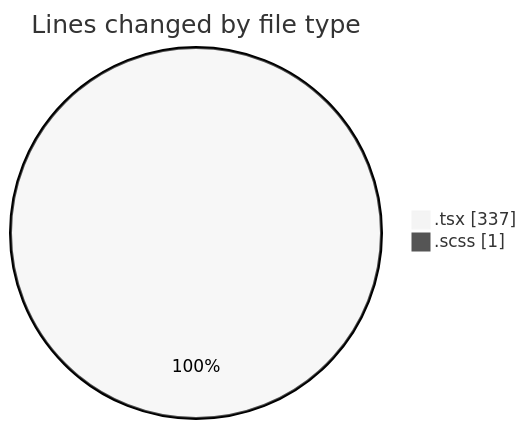
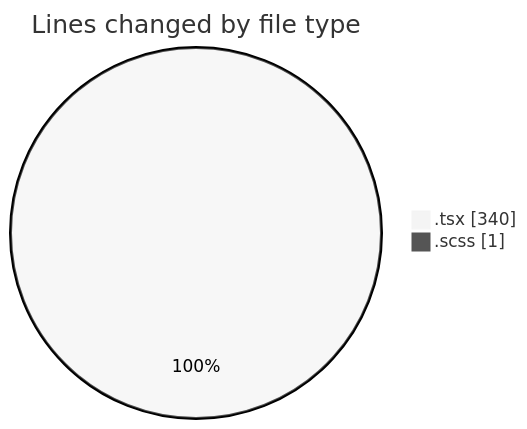
The first of 2 diagrams in 2025-03-19/cda/README.md (momahboobian/code-tracking), drawn with Mermaid (neutral theme) before and after one commit. The commit also changed other lines of this file and 1 other file, not shown here.

````diff
--- a/2025-03-19/cda/README.md
+++ b/2025-03-19/cda/README.md
@@ -23,6 +23,6 @@
 ```mermaid
 pie showData
 title Lines changed by file type
-".tsx" : 337
+".tsx" : 340
 ".scss" : 1
 ```
````
